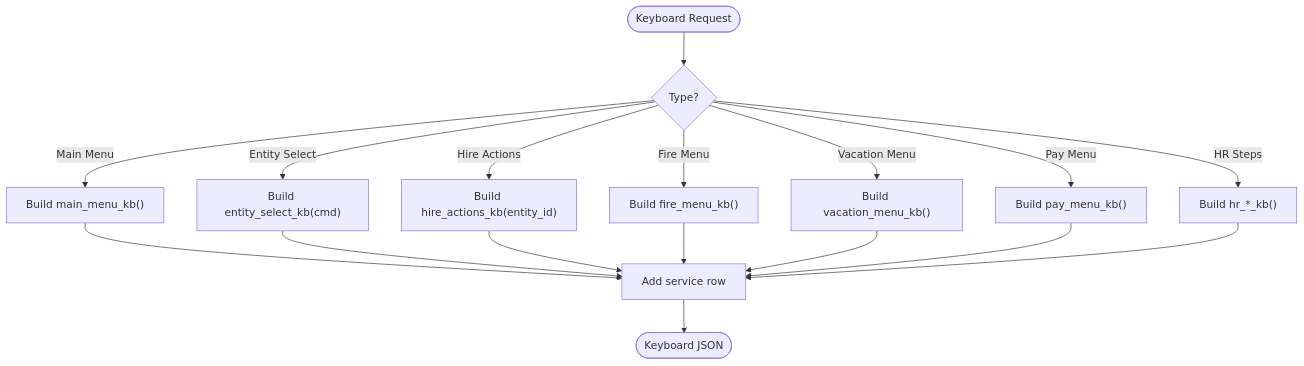
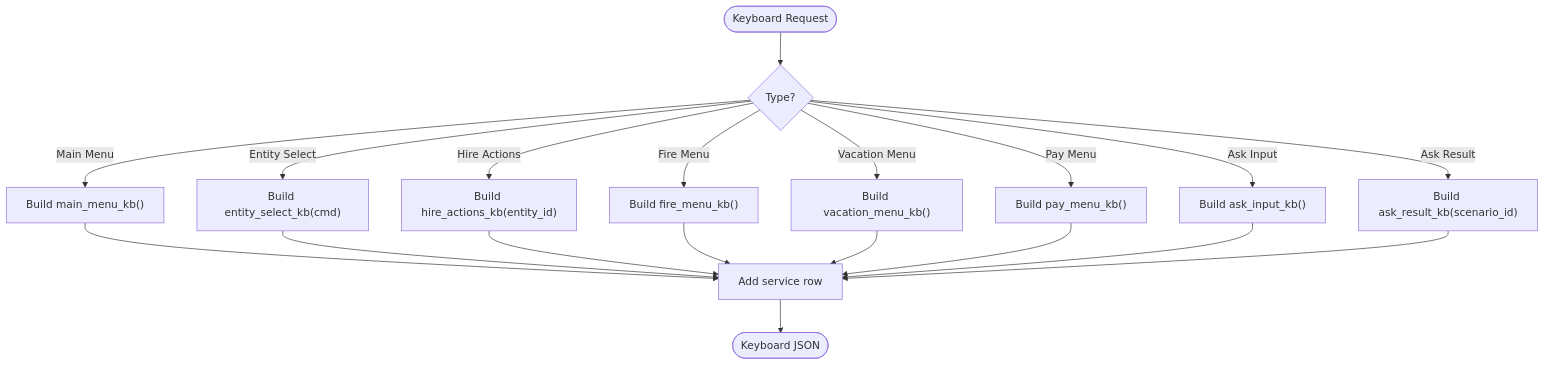
Before and after one commit to ognelis/cafetera_hr_bot: the seventh of 12 diagrams in .qoder/repowiki/en/content/VK Integration/Domain Content Management.md, drawn with Mermaid. The commit also changed other lines of this file and 16 other files, not shown here.

````diff
--- a/.qoder/repowiki/en/content/VK Integration/Domain Content Management.md
+++ b/.qoder/repowiki/en/content/VK Integration/Domain Content Management.md
@@ -284,19 +330,21 @@
 ```mermaid
 flowchart TD
 Start(["Keyboard Request"]) --> Type{"Type?"}
 Type --> |Main Menu| BuildMain["Build main_menu_kb()"]
 Type --> |Entity Select| BuildEntity["Build entity_select_kb(cmd)"]
 Type --> |Hire Actions| BuildHire["Build hire_actions_kb(entity_id)"]
 Type --> |Fire Menu| BuildFire["Build fire_menu_kb()"]
 Type --> |Vacation Menu| BuildVaca["Build vacation_menu_kb()"]
 Type --> |Pay Menu| BuildPay["Build pay_menu_kb()"]
-Type --> |HR Steps| BuildHR["Build hr_*_kb()"]
+Type --> |Ask Input| BuildAskInput["Build ask_input_kb()"]
+Type --> |Ask Result| BuildAskResult["Build ask_result_kb(scenario_id)"]
 BuildMain --> AddService["Add service row"]
 BuildEntity --> AddService
 BuildHire --> AddService
 BuildFire --> AddService
 BuildVaca --> AddService
 BuildPay --> AddService
-BuildHR --> AddService
+BuildAskInput --> AddService
+BuildAskResult --> AddService
 AddService --> End(["Keyboard JSON"])
 ```
````
